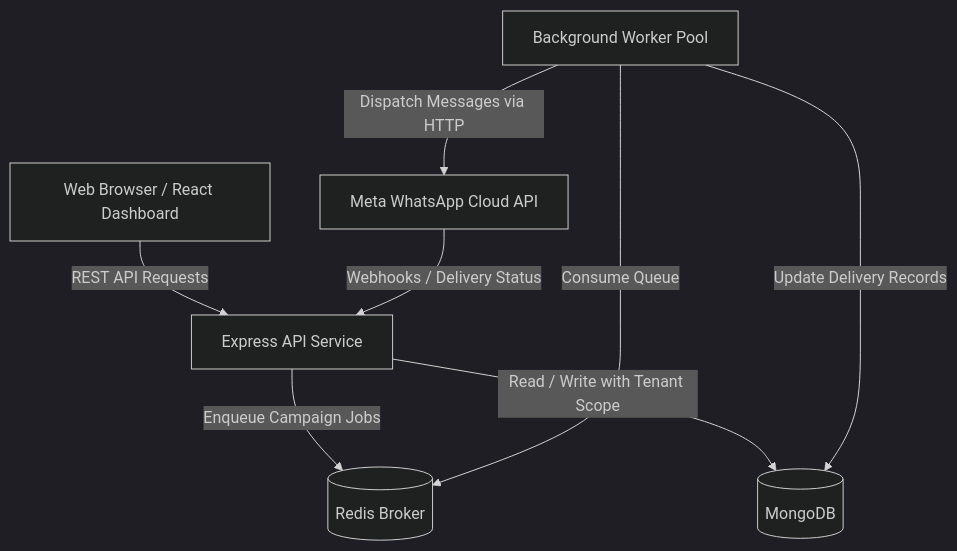
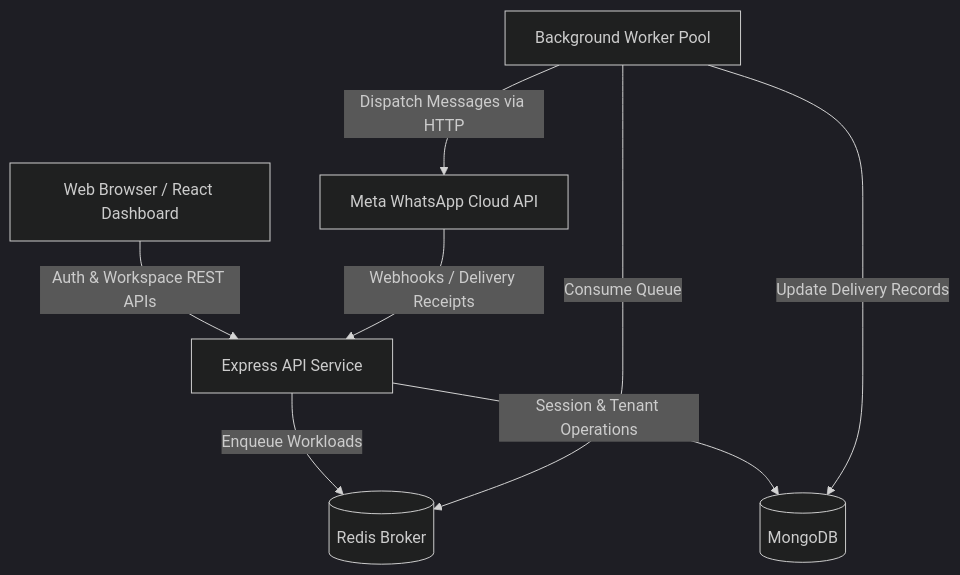
One commit to Boopathi-02/whatsapp-marketing-saas changed the diagram in docs/ARCHITECTURE.md. Above: the diagram before and after it, drawn with Mermaid (dark theme). The commit also changed other lines of this file and 65 other files, not shown here.

Commit message:
feat(phase-2): secure authentication, session rotation, and multi-tenant workspace architecture

````diff
--- a/docs/ARCHITECTURE.md
+++ b/docs/ARCHITECTURE.md
@@ -29,10 +29,10 @@
 ```mermaid
 graph TD
-    Client[Web Browser / React Dashboard] -->|REST API Requests| API[Express API Service]
-    API -->|Read / Write with Tenant Scope| DB[(MongoDB)]
-    API -->|Enqueue Campaign Jobs| Redis[(Redis Broker)]
+    Client[Web Browser / React Dashboard] -->|Auth & Workspace REST APIs| API[Express API Service]
+    API -->|Session & Tenant Operations| DB[(MongoDB)]
+    API -->|Enqueue Workloads| Redis[(Redis Broker)]
     Worker[Background Worker Pool] -->|Consume Queue| Redis
     Worker -->|Dispatch Messages via HTTP| Meta[Meta WhatsApp Cloud API]
-    Meta -->|Webhooks / Delivery Status| API
+    Meta -->|Webhooks / Delivery Receipts| API
     Worker -->|Update Delivery Records| DB
 ```
````
